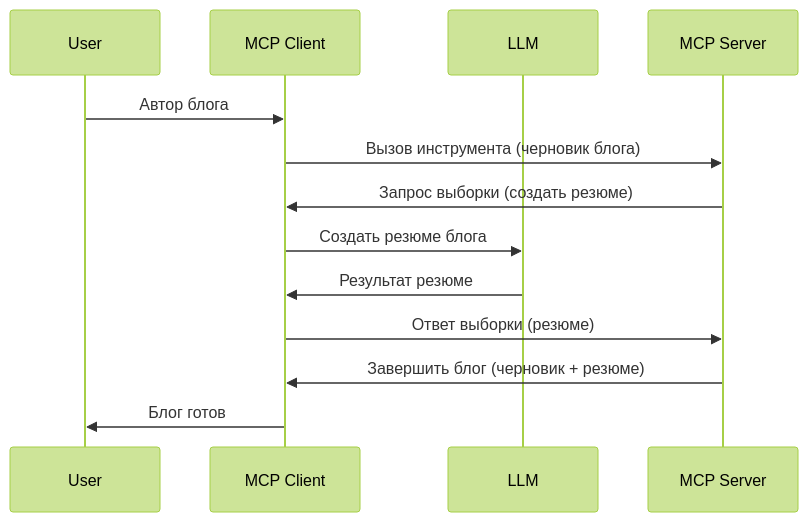
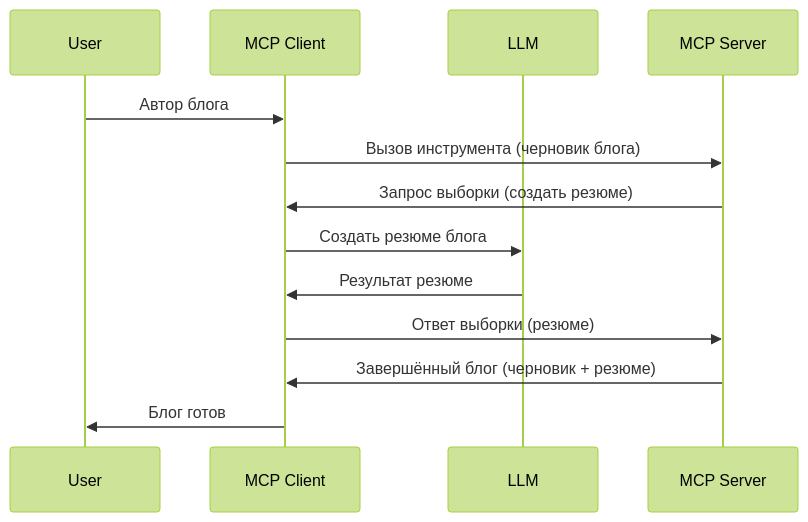
The diagram in mcp_ecosystem__model_context_protocol/mcp_learning_resources/mcp-for-beginners/translations/ru/03-GettingStarted/14-sampling/README.md (HIDORAKAI002/ai-workspace-archive), drawn with Mermaid (forest theme) before and after one commit. The commit also changed other lines of this file and 1539 other files, not shown here.

````diff
--- a/mcp_ecosystem__model_context_protocol/mcp_learning_resources/mcp-for-beginners/translations/ru/03-GettingStarted/14-sampling/README.md
+++ b/mcp_ecosystem__model_context_protocol/mcp_learning_resources/mcp-for-beginners/translations/ru/03-GettingStarted/14-sampling/README.md
@@ -23,16 +23,16 @@
 ```mermaid
 sequenceDiagram
     participant User
     participant MCP Client
     participant LLM
     participant MCP Server
 
     User->>MCP Client: Автор блога
     MCP Client->>MCP Server: Вызов инструмента (черновик блога)
     MCP Server->>MCP Client: Запрос выборки (создать резюме)
     MCP Client->>LLM: Создать резюме блога
     LLM->>MCP Client: Результат резюме
     MCP Client->>MCP Server: Ответ выборки (резюме)
-    MCP Server->>MCP Client: Завершить блог (черновик + резюме)
+    MCP Server->>MCP Client: Завершённый блог (черновик + резюме)
     MCP Client->>User: Блог готов
 ```
````
